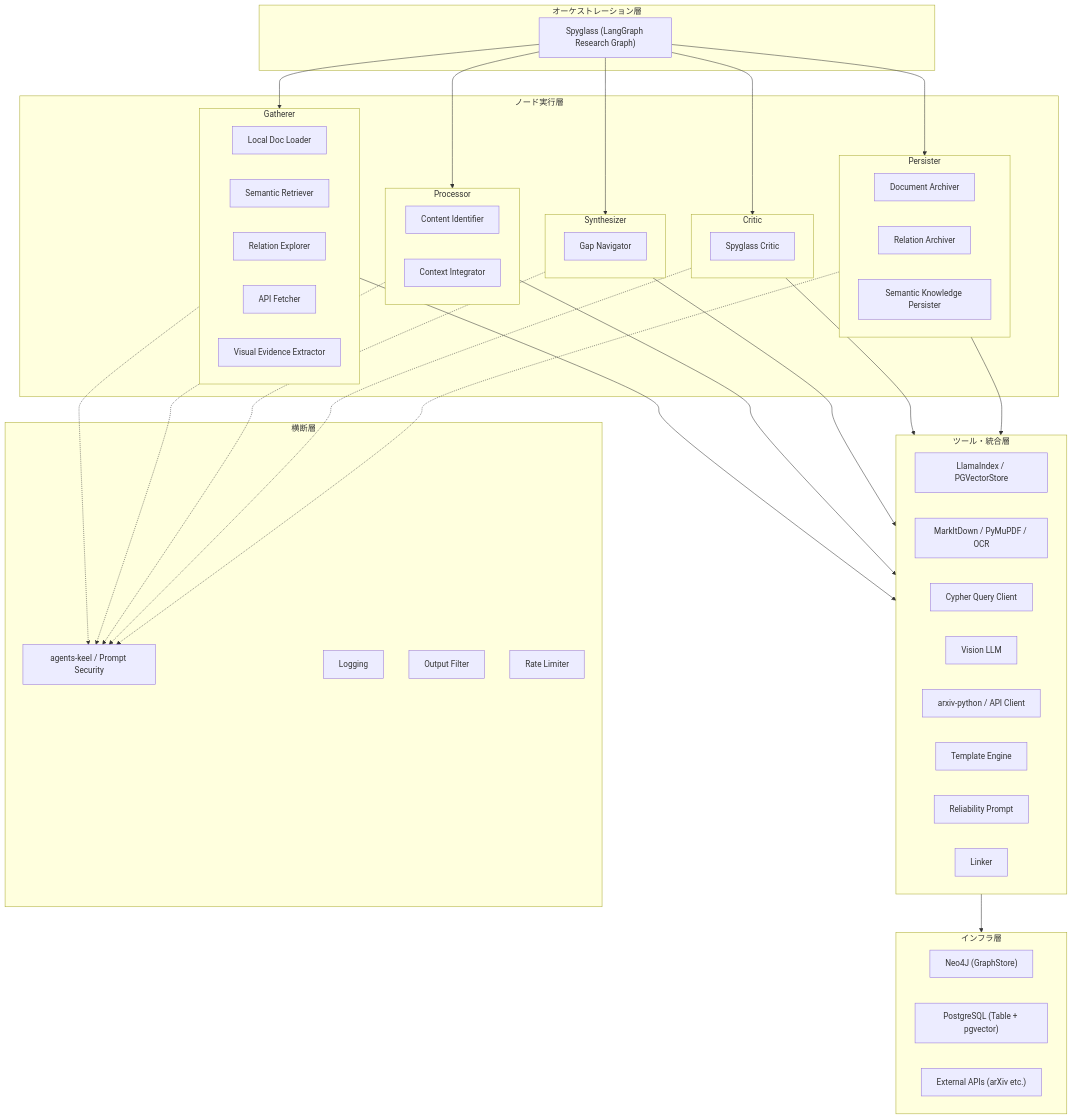
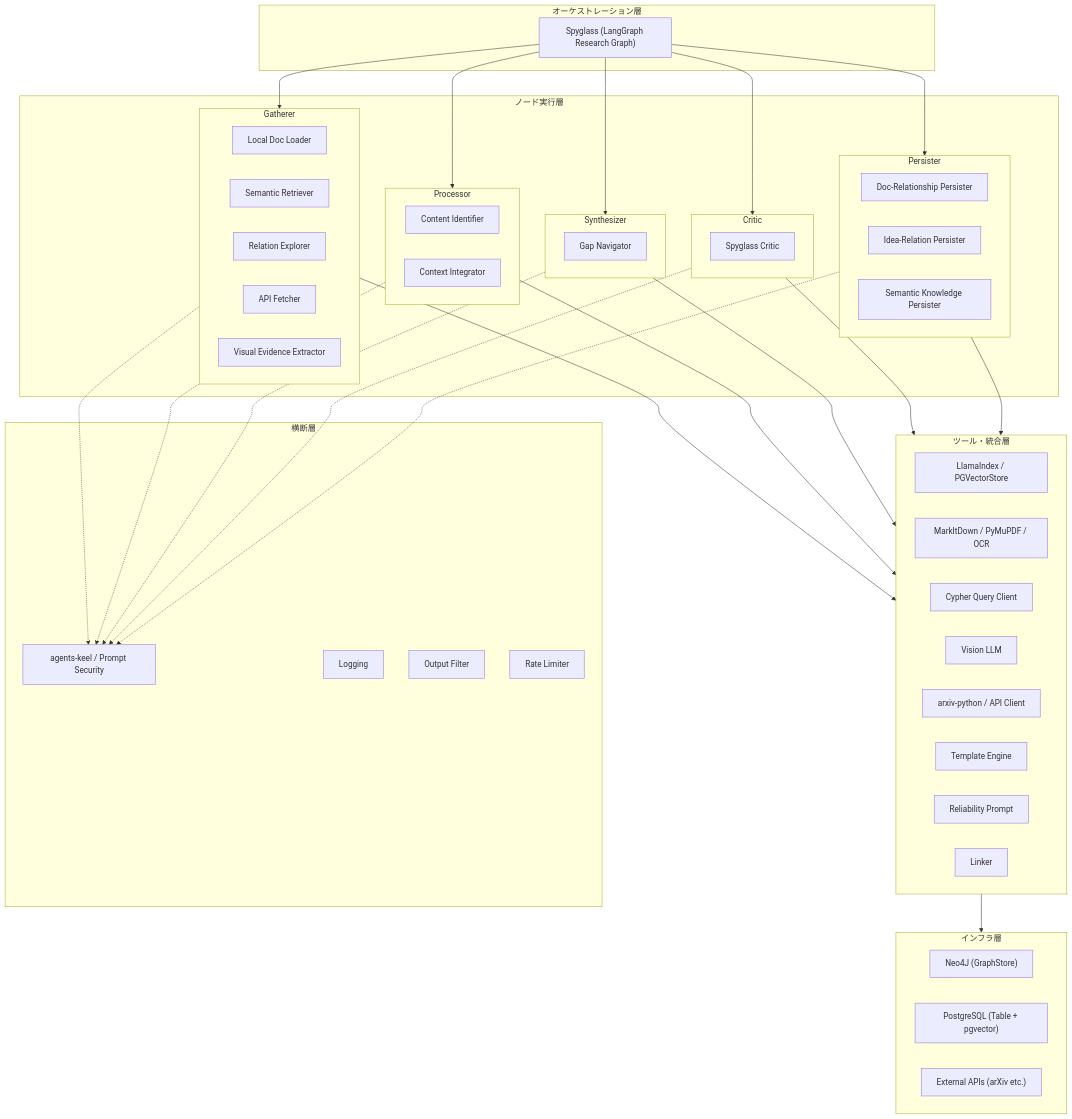
The diagram in docs/architecture.md (YHTR0257/origin-spyglass), drawn with Mermaid before and after one commit. The commit also changed other lines of this file and 2 other files, not shown here.

````diff
--- a/docs/architecture.md
+++ b/docs/architecture.md
@@ -8,79 +8,79 @@
 ```mermaid
 flowchart TD
     subgraph Orchestration ["オーケストレーション層"]
         Spyglass["Spyglass (LangGraph Research Graph)"]
     end
 
     subgraph NodeLayer ["ノード実行層"]
         subgraph Gatherer ["Gatherer"]
             LocalDocLoader["Local Doc Loader"]
             SemanticRetriever["Semantic Retriever"]
             RelationExplorer["Relation Explorer"]
             APIFetcher["API Fetcher"]
             VisualEvidenceExtractor["Visual Evidence Extractor"]
         end
 
         subgraph Processor ["Processor"]
             ContentIdentifier["Content Identifier"]
             ContextIntegrator["Context Integrator"]
         end
 
         subgraph Synthesizer ["Synthesizer"]
             GapNavigator["Gap Navigator"]
         end
 
         subgraph Critic ["Critic"]
             SpyglassCritic["Spyglass Critic"]
         end
 
         subgraph Persister ["Persister"]
-            DocumentArchiver["Document Archiver"]
-            RelationArchiver["Relation Archiver"]
+            DocRelationshipPersister["Doc-Relationship Persister"]
+            IdeaRelationPersister["Idea-Relation Persister"]
             SemanticKnowledgePersister["Semantic Knowledge Persister"]
         end
     end
 
     subgraph ToolIntegration ["ツール・統合層"]
         LlamaIndex["LlamaIndex / PGVectorStore"]
         MarkItDown["MarkItDown / PyMuPDF / OCR"]
         CypherClient["Cypher Query Client"]
         VisionLLM["Vision LLM"]
         ArxivClient["arxiv-python / API Client"]
         TemplateEngine["Template Engine"]
         ReliabilityPrompt["Reliability Prompt"]
         Linker["Linker"]
     end
 
     subgraph Infra ["インフラ層"]
         Neo4J["Neo4J (GraphStore)"]
         Postgres["PostgreSQL (Table + pgvector)"]
         ExternalApi["External APIs (arXiv etc.)"]
     end
 
     subgraph CrossCutting ["横断層"]
         Security["agents-keel / Prompt Security"]
         Logging["Logging"]
         OutputFilter["Output Filter"]
         RateLimit["Rate Limiter"]
     end
 
     Spyglass --> Gatherer
     Spyglass --> Processor
     Spyglass --> Synthesizer
     Spyglass --> Critic
     Spyglass --> Persister
 
     Gatherer --> ToolIntegration
     Processor --> ToolIntegration
     Synthesizer --> ToolIntegration
     Critic --> ToolIntegration
     Persister --> ToolIntegration
 
     ToolIntegration --> Infra
 
     Gatherer -.-> Security
     Processor -.-> Security
     Synthesizer -.-> Security
     Critic -.-> Security
     Persister -.-> Security
 ```
````
